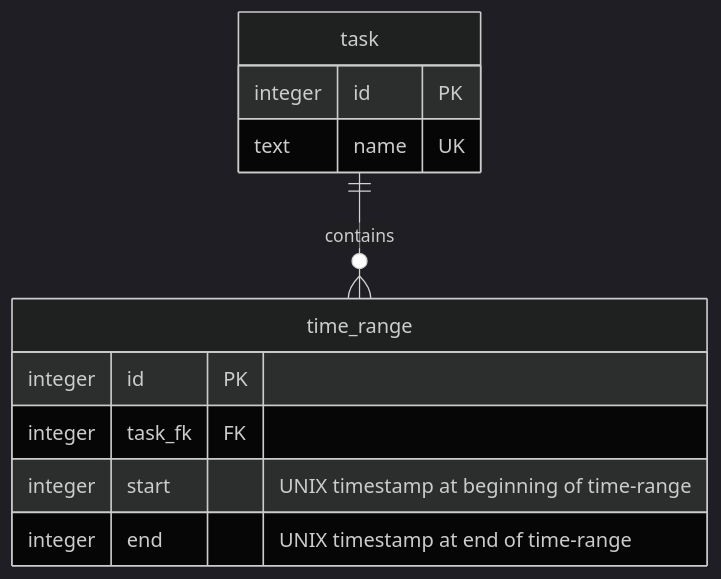
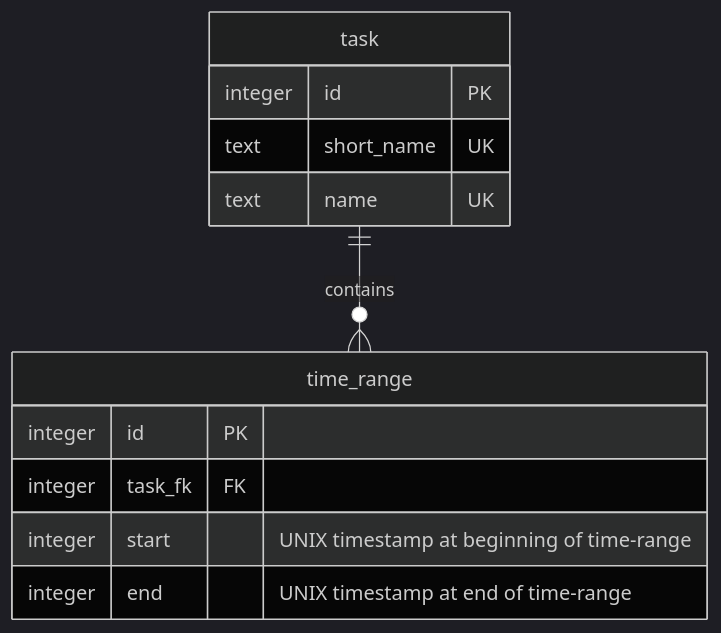
One commit to mehdi-valette/timetracker changed the first of 2 diagrams in README.md. Above: the diagram before and after it, drawn with Mermaid (dark theme). The commit also changed other lines of this file, not shown here.

````diff
--- a/README.md
+++ b/README.md
@@ -67,18 +88,19 @@
 ```mermaid
 erDiagram
 
 task {
-    integer id      PK
-    text    name    UK
+    integer id          PK
+    text    short_name  UK
+    text    name        UK
 }
 
 time_range {
     integer id      PK
     integer task_fk FK
     integer start       "UNIX timestamp at beginning of time-range"
     integer end         "UNIX timestamp at end of time-range"
 }
 
 task || -- o{ time_range: contains
 
 ```
````
